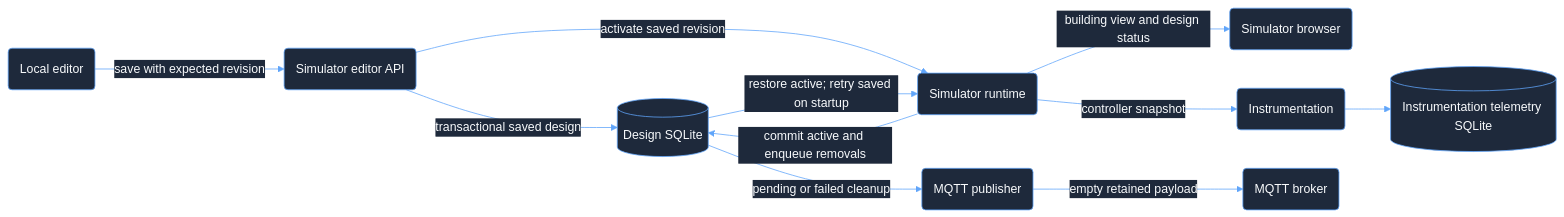
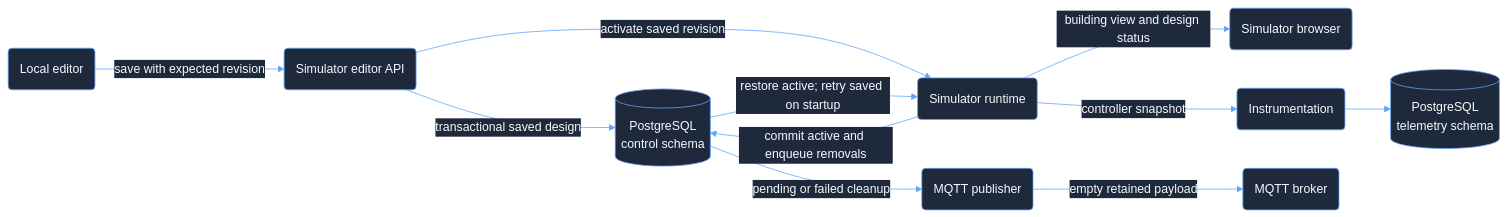
One commit to wmorgan69/light-controller-simulator changed the second of 2 diagrams in docs/plans/building-editor-spec.md. Above: the diagram before and after it, drawn with Mermaid. The commit also changed other lines of this file and 122 other files, not shown here.

First line of the commit message:
Migrate development environment to PostgreSQL and Docker Compose

````diff
--- a/docs/plans/building-editor-spec.md
+++ b/docs/plans/building-editor-spec.md
@@ -93,26 +94,26 @@
 ```mermaid
 ---
 config:
   theme: base
   themeVariables:
     darkMode: true
     primaryColor: '#1E293B'
     primaryTextColor: '#F8FAFC'
     primaryBorderColor: '#60A5FA'
     lineColor: '#60A5FA'
     edgeLabelBackground: '#1E293B'
     textColor: '#F8FAFC'
 ---
 flowchart LR
     Editor("Local editor") -->|save with expected revision| API("Simulator editor API")
-    API -->|transactional saved design| DB[("Design SQLite")]
+    API -->|transactional saved design| DB[("PostgreSQL<br/>control schema")]
     API -->|activate saved revision| Runtime("Simulator runtime")
     Runtime -->|commit active and enqueue removals| DB
     Runtime -->|building view and design status| Browser("Simulator browser")
     Runtime -->|controller snapshot| Dashboard("Instrumentation")
     DB -->|restore active; retry saved on startup| Runtime
     DB -->|pending or failed cleanup| Publisher("MQTT publisher")
     Publisher -->|empty retained payload| Broker("MQTT broker")
-    Dashboard --> Telemetry[("Instrumentation telemetry SQLite")]
+    Dashboard --> Telemetry[("PostgreSQL<br/>telemetry schema")]
     classDef default fill:#1E293B,stroke:#60A5FA,color:#F8FAFC;
 ```
````
